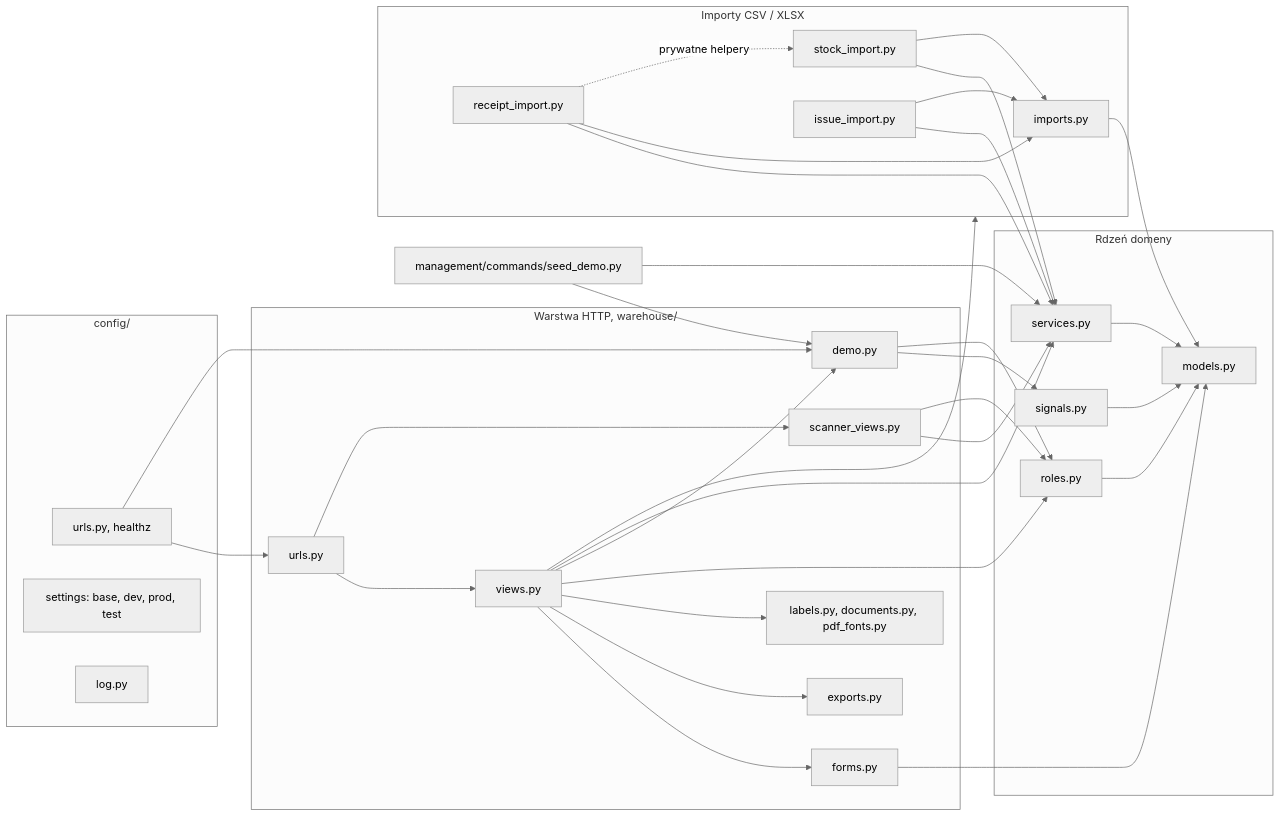
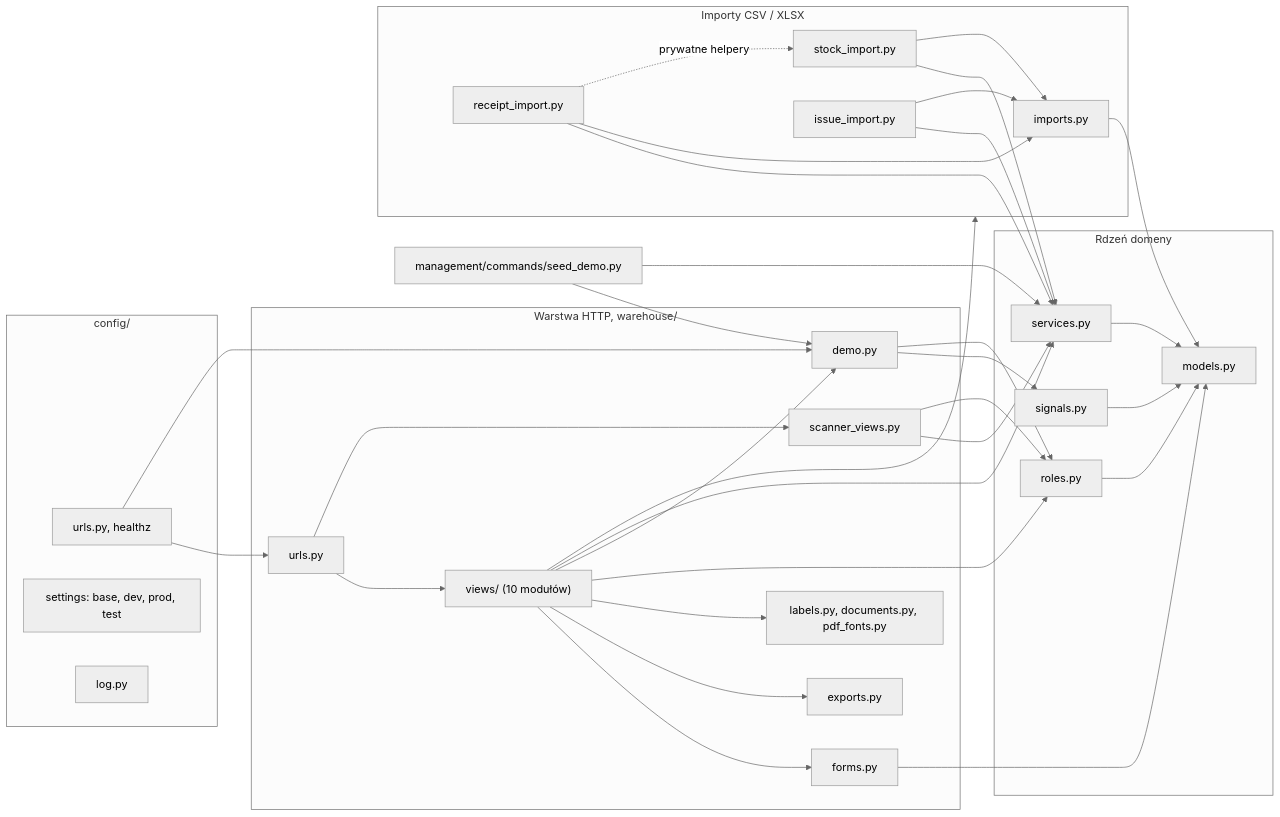
One commit to TomaszWu14/mini-WMS changed the third of 6 diagrams in docs/architektura/ARCHITEKTURA.md. Above: the diagram before and after it, drawn with Mermaid (neutral theme). The commit also changed other lines of this file and 10 other files, not shown here.

````diff
--- a/docs/architektura/ARCHITEKTURA.md
+++ b/docs/architektura/ARCHITEKTURA.md
@@ -163,60 +163,60 @@
 ```mermaid
 flowchart LR
     subgraph cfg["config/"]
         curls["urls.py, healthz"]
         cset["settings: base, dev, prod, test"]
         clog["log.py"]
     end
     subgraph http["Warstwa HTTP, warehouse/"]
         wurls["urls.py"]
-        views["views.py"]
+        views["views/ (10 modułów)"]
         scanner["scanner_views.py"]
         demo["demo.py"]
         forms["forms.py"]
         exports["exports.py"]
         pdf["labels.py, documents.py, pdf_fonts.py"]
     end
     subgraph imp["Importy CSV / XLSX"]
         imports["imports.py"]
         stock["stock_import.py"]
         receipt["receipt_import.py"]
         issue["issue_import.py"]
     end
     subgraph core["Rdzeń domeny"]
         services["services.py"]
         models["models.py"]
         roles["roles.py"]
         signals["signals.py"]
     end
     seed["management/commands/seed_demo.py"]
 
     curls --> wurls
     curls --> demo
     wurls --> views
     wurls --> scanner
     views --> forms
     views --> exports
     views --> pdf
     views --> imp
     views --> roles
     views --> demo
     views --> services
     scanner --> services
     scanner --> roles
     stock --> services
     receipt --> services
     issue --> services
     stock --> imports
     receipt --> imports
     issue --> imports
     receipt -.->|"prywatne helpery"| stock
     services --> models
     forms --> models
     imports --> models
     roles --> models
     signals --> models
     demo --> signals
     demo --> roles
     seed --> services
     seed --> demo
 ```
````
